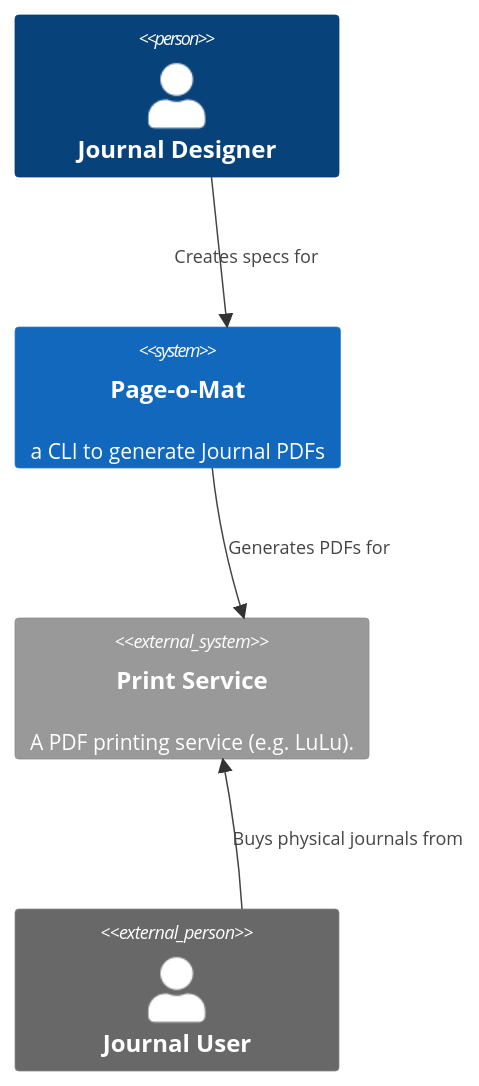
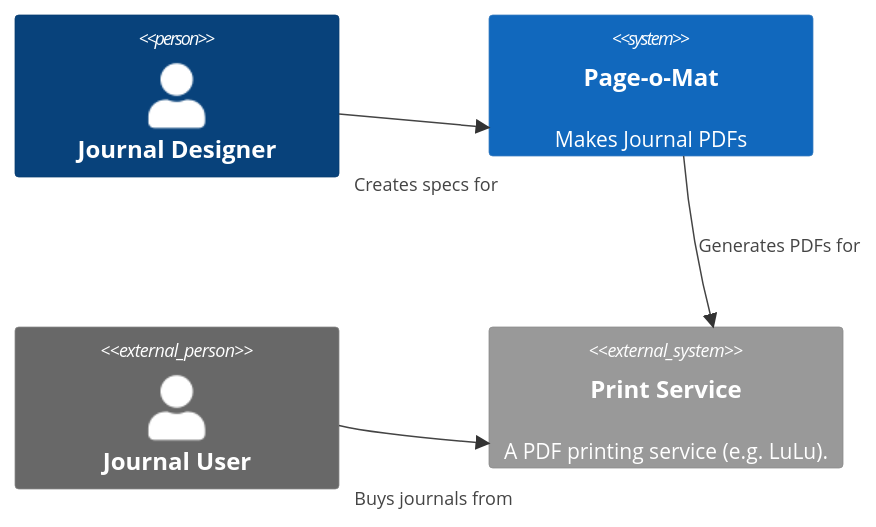
One commit to app-o-mat/page-o-mat changed the diagram in README.md. Above: the diagram before and after it, drawn with Mermaid.

Commit message:
Better diagram

````diff
--- a/README.md
+++ b/README.md
@@ -12,15 +12,18 @@
 ```mermaid
 C4Context
   Person(customerA, "Journal Designer")
-  System(SystemAA, "Page-o-Mat", "a CLI to generate Journal PDFs")
+  System(SystemAA, "Page-o-Mat", "Makes Journal PDFs")
 
+  Person_Ext(customerB, "Journal User")
   System_Ext(SystemC, "Print Service", "A PDF printing service (e.g. LuLu).")
-  Person_Ext(customerB, "Journal User")
+  
 
   Rel(customerA, SystemAA, "Creates specs for")
   Rel(SystemAA, SystemC, "Generates PDFs for")
-  Rel(customerB, SystemC, "Buys physical journals from")
+  Rel(customerB, SystemC, "Buys journals from")
+
   UpdateElementStyle(SystemAA, $sizeWidth="10")
-  UpdateLayoutConfig($c4ShapeInRow="1", $c4BoundaryInRow="1")
-  UpdateRelStyle(customerA, SystemAA, $offsetX="-30")
+  UpdateLayoutConfig($c4ShapeInRow="2", $c4BoundaryInRow="1")
+  UpdateRelStyle(customerA, SystemAA, $offsetX="-40", $offsetY="40")
+  UpdateRelStyle(customerB, SystemC, $offsetX="-40", $offsetY="40")
 ```
````
